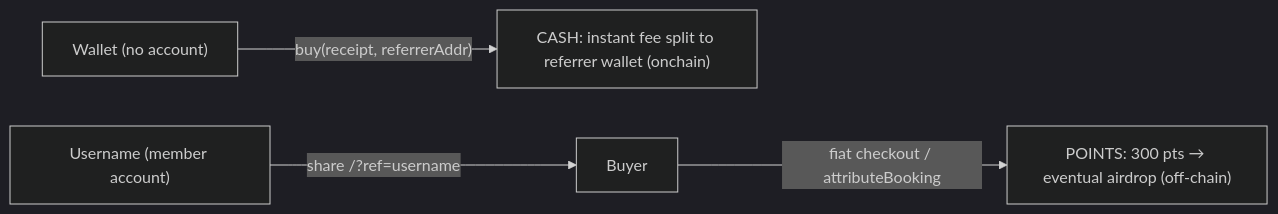
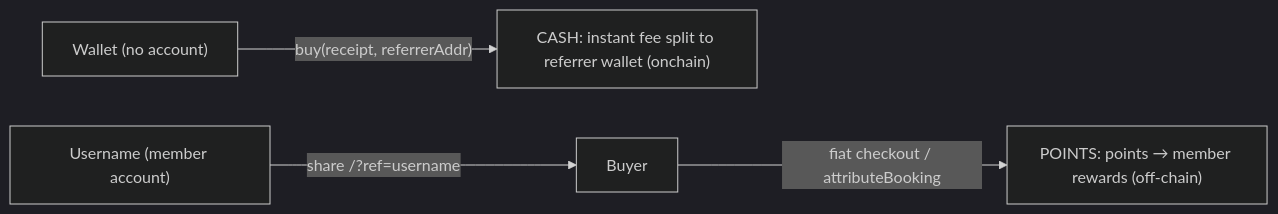
Before and after one commit to kibagateaux/zucity-api-docs: the fourth of 5 diagrams in api.md, drawn with Mermaid (dark theme). The commit also changed other lines of this file and 7 other files, not shown here.

First line of the commit message:
docs: reframe points reward to exclusive member rewards (align w/ Kiba's SKILL.md)

````diff
--- a/api.md
+++ b/api.md
@@ -283,6 +283,6 @@
 ```mermaid
 flowchart LR
     W["Wallet (no account)"] -->|"buy(receipt, referrerAddr)"| O["CASH: instant fee split to referrer wallet (onchain)"]
     N["Username (member account)"] -->|"share /?ref=username"| U[Buyer]
-    U -->|"fiat checkout / attributeBooking"| F["POINTS: 300 pts → eventual airdrop (off-chain)"]
+    U -->|"fiat checkout / attributeBooking"| F["POINTS: points → member rewards (off-chain)"]
 ```
````
